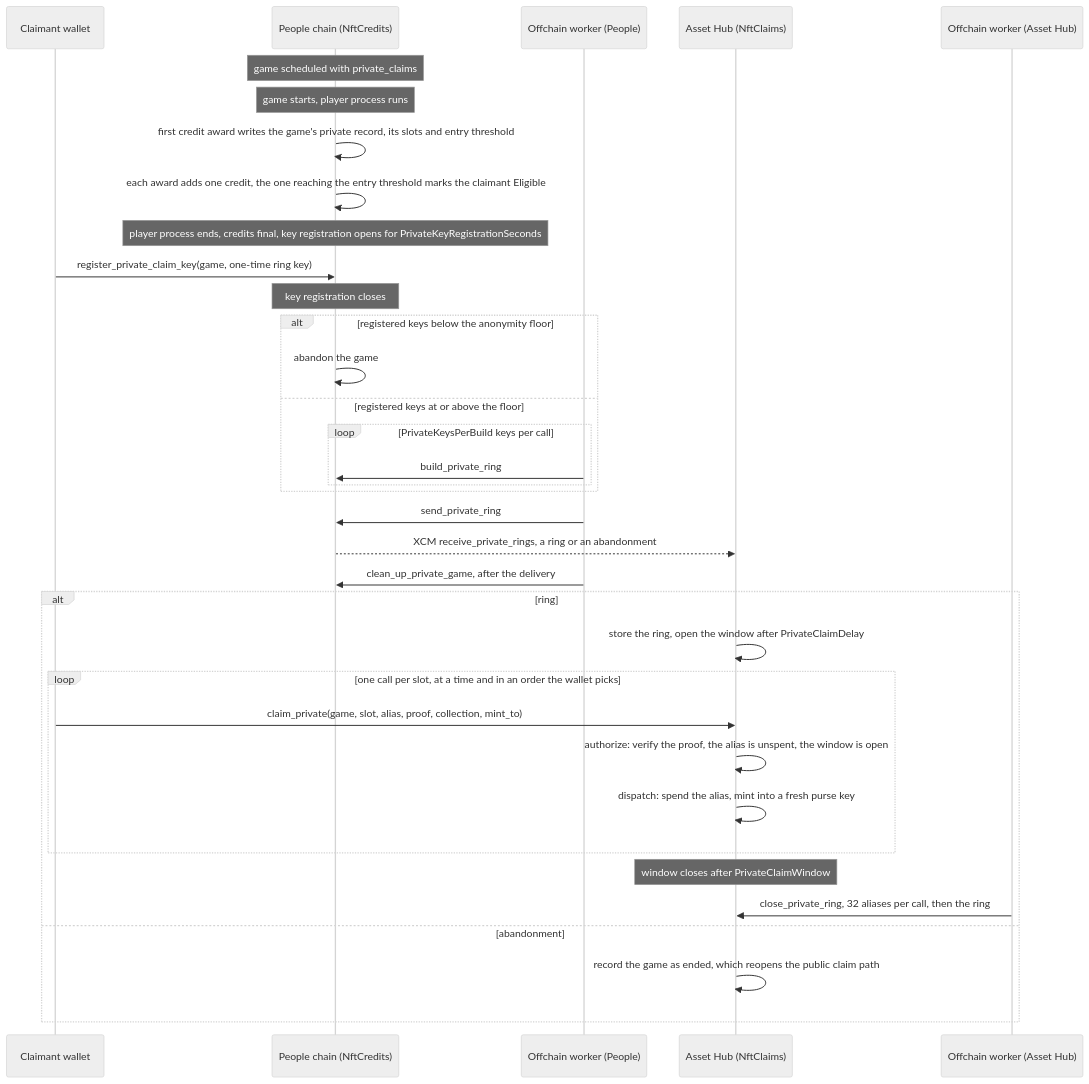
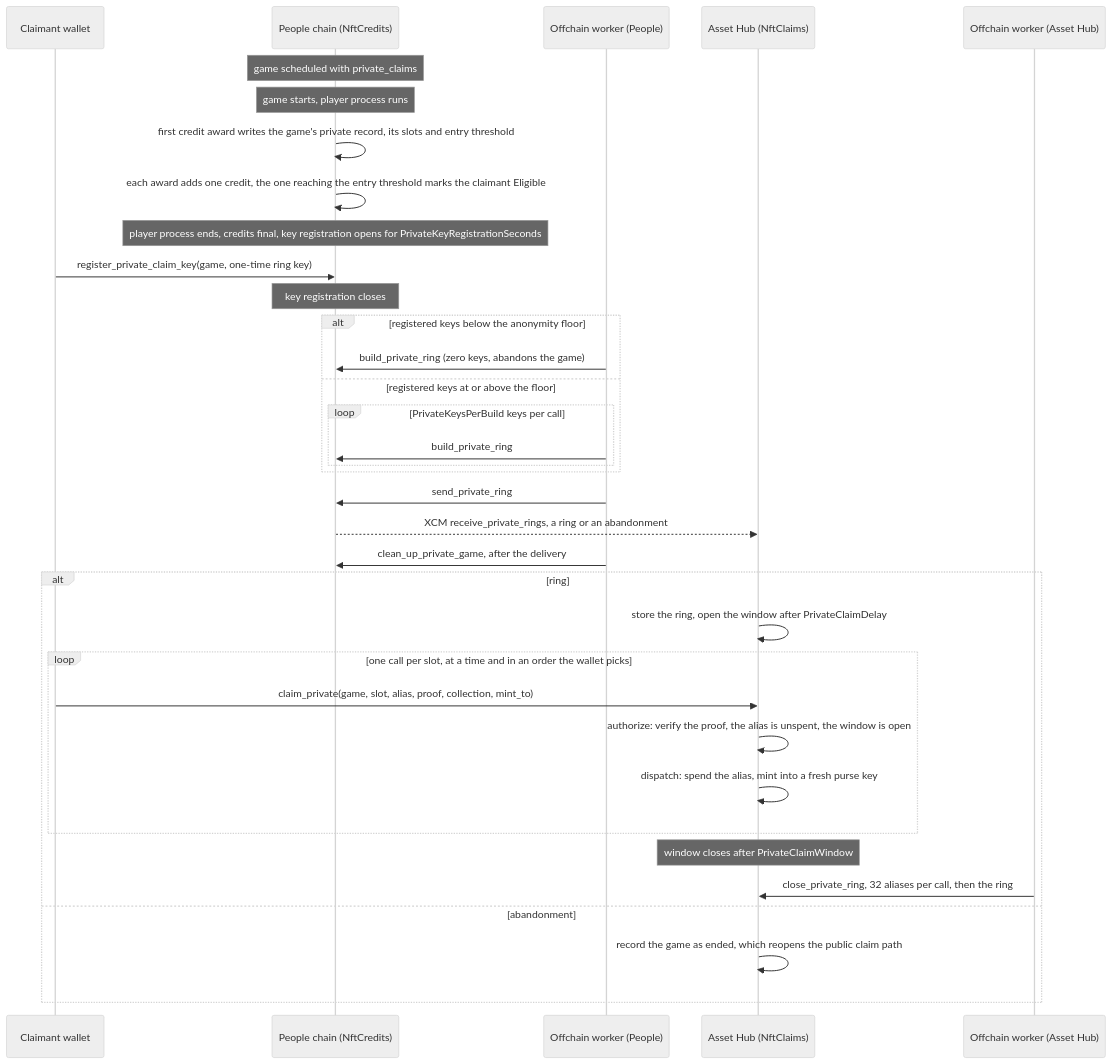
Before and after one commit to paritytech/individuality-community: the diagram in docs/private-nft-claims.md, drawn with Mermaid (neutral theme).

Commit message:
Fix build_private_ring in diagram

````diff
--- a/docs/private-nft-claims.md
+++ b/docs/private-nft-claims.md
@@ -11,38 +11,38 @@
 ```mermaid
 sequenceDiagram
     participant C as Claimant wallet
     participant P as People chain (NftCredits)
     participant O as Offchain worker (People)
     participant A as Asset Hub (NftClaims)
     participant OA as Offchain worker (Asset Hub)
 
     Note over P: game scheduled with private_claims
     Note over P: game starts, player process runs
     P->>P: first credit award writes the game's private record, its slots and entry threshold
     P->>P: each award adds one credit, the one reaching the entry threshold marks the claimant Eligible
     Note over P: player process ends, credits final, key registration opens for PrivateKeyRegistrationSeconds
     C->>P: register_private_claim_key(game, one-time ring key)
     Note over P: key registration closes
     alt registered keys below the anonymity floor
-        P->>P: abandon the game
+        O->>P: build_private_ring (zero keys, abandons the game)
     else registered keys at or above the floor
         loop PrivateKeysPerBuild keys per call
             O->>P: build_private_ring
         end
     end
     O->>P: send_private_ring
     P-->>A: XCM receive_private_rings, a ring or an abandonment
     O->>P: clean_up_private_game, after the delivery
     alt ring
         A->>A: store the ring, open the window after PrivateClaimDelay
         loop one call per slot, at a time and in an order the wallet picks
             C->>A: claim_private(game, slot, alias, proof, collection, mint_to)
             A->>A: authorize: verify the proof, the alias is unspent, the window is open
             A->>A: dispatch: spend the alias, mint into a fresh purse key
         end
         Note over A: window closes after PrivateClaimWindow
         OA->>A: close_private_ring, 32 aliases per call, then the ring
     else abandonment
         A->>A: record the game as ended, which reopens the public claim path
     end
 ```
````
